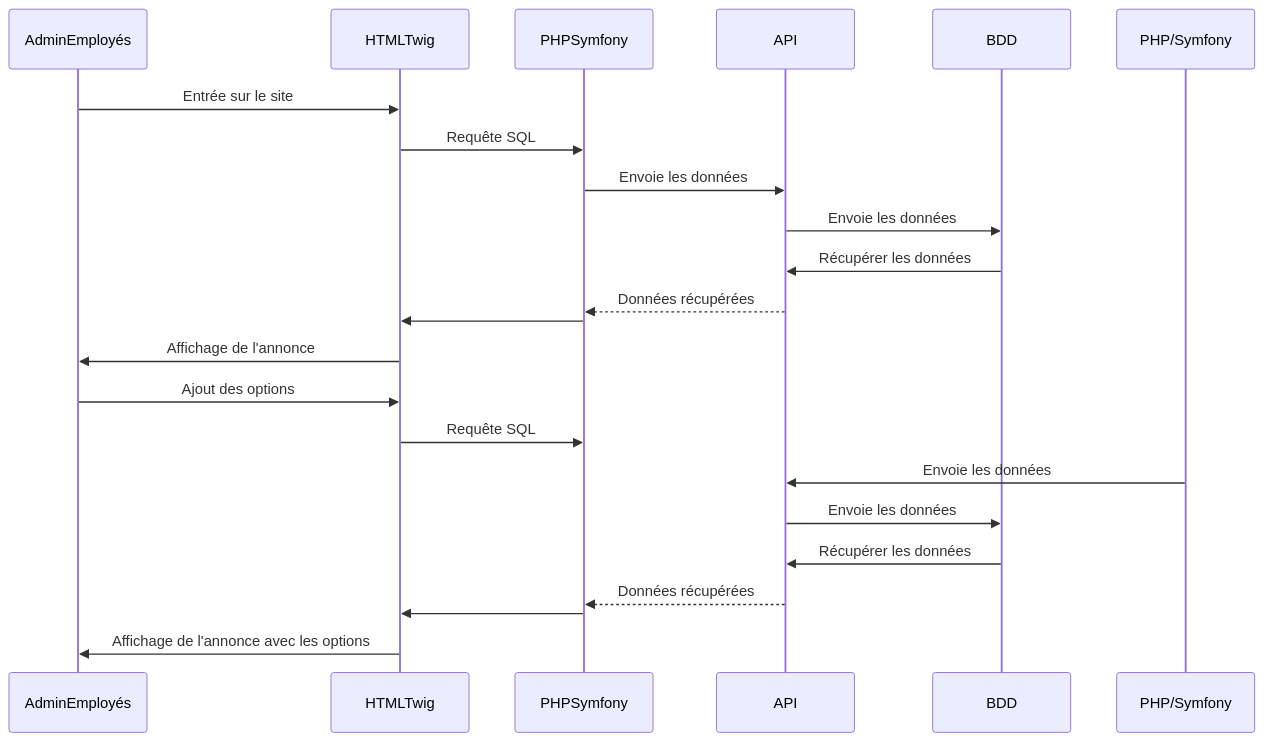
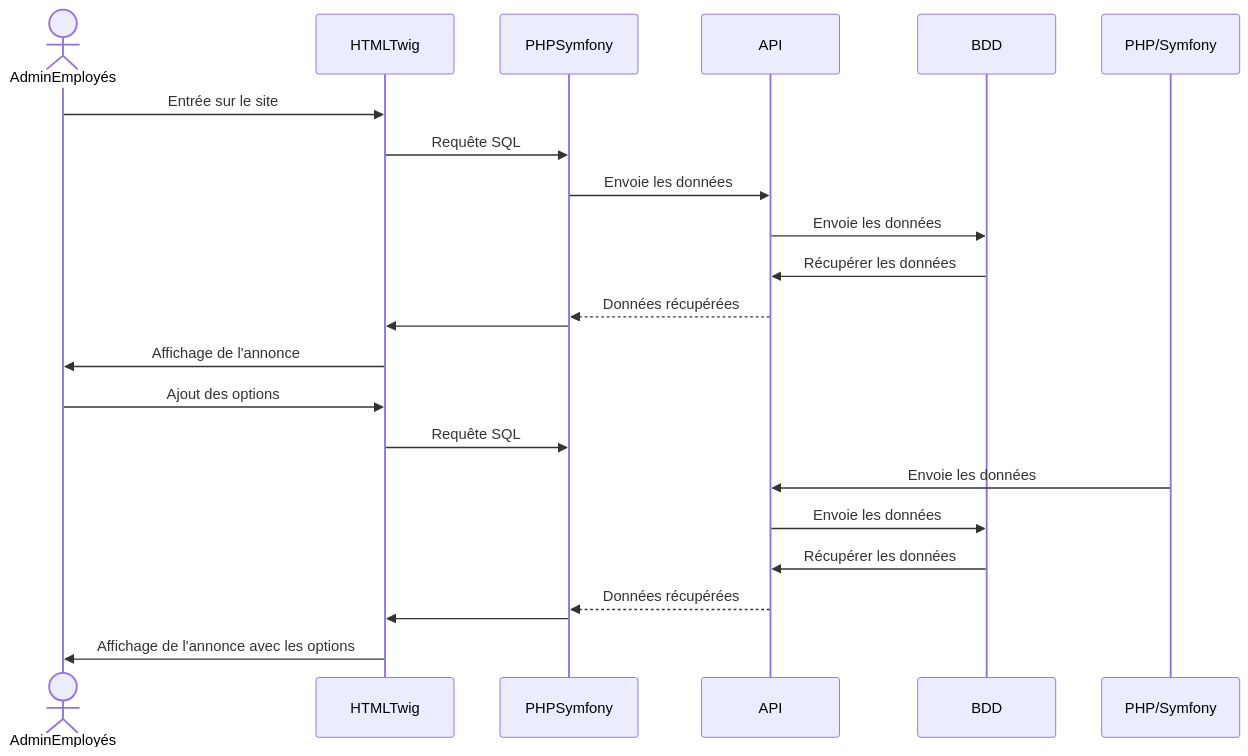
Before and after one commit to pickypou/garage-back: the diagram in docs/sequencecreatannonce.md, drawn with Mermaid.

Commit message:
sequencecreateannonce.md

````diff
--- a/docs/sequencecreatannonce.md
+++ b/docs/sequencecreatannonce.md
@@ -5,26 +5,26 @@
 ``` mermaid 
 sequenceDiagram
-    participant AdminEmployés
+    actor AdminEmployés
     participant HTMLTwig
     participant PHPSymfony
     participant API
     participant BDD
     
     AdminEmployés ->> HTMLTwig: Entrée sur le site
     HTMLTwig ->> PHPSymfony: Requête SQL
     PHPSymfony ->> API: Envoie les données
     API ->> BDD: Envoie les données
     BDD ->> API: Récupérer les données
     API -->> PHPSymfony: Données récupérées
     PHPSymfony ->> HTMLTwig: 
     HTMLTwig ->> AdminEmployés: Affichage de l'annonce
     
     AdminEmployés ->> HTMLTwig: Ajout des options
     HTMLTwig ->> PHPSymfony: Requête SQL
     PHP/Symfony ->> API: Envoie les données
     API ->> BDD: Envoie les données
     BDD ->> API: Récupérer les données
     API -->> PHPSymfony: Données récupérées
     PHPSymfony ->> HTMLTwig: 
     HTMLTwig ->> AdminEmployés: Affichage de l'annonce avec les options
 ```
````
